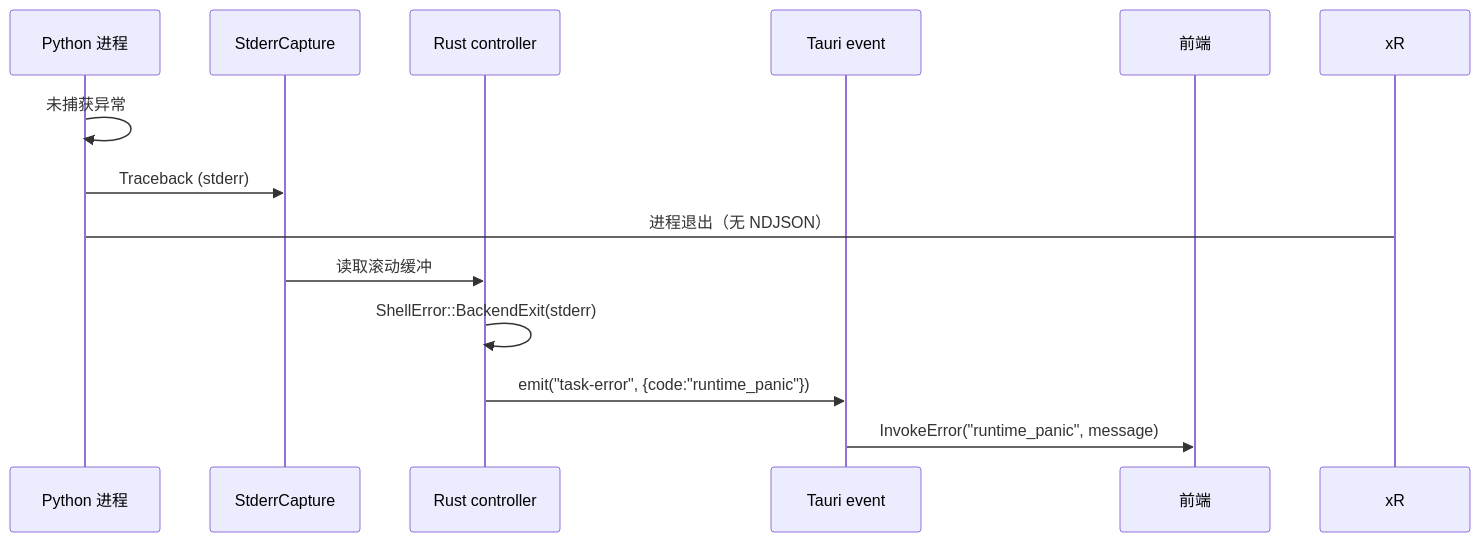
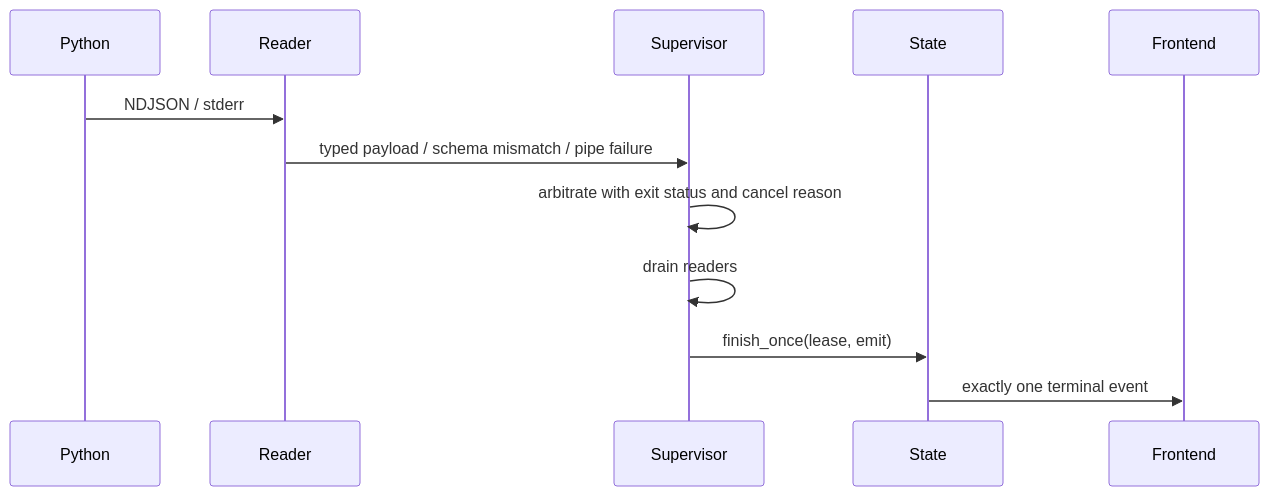
The diagram in docs/08-error-handling.md (youge325/vp), drawn with Mermaid before and after one commit. The commit also changed other lines of this file and 14 other files, not shown here.

````diff
--- a/docs/08-error-handling.md
+++ b/docs/08-error-handling.md
@@ -174,16 +149,15 @@
 ```mermaid
 sequenceDiagram
-    participant Python as Python 进程
-    participant S as StderrCapture
-    participant R as Rust controller
-    participant T as Tauri event
-    participant F as 前端
+    participant Python
+    participant Reader
+    participant Supervisor
+    participant State
+    participant Frontend
 
-    Python->>Python: 未捕获异常
-    Python->>S: Traceback (stderr)
-    Python->xR: 进程退出（无 NDJSON）
-    S->>R: 读取滚动缓冲
-    R->>R: ShellError::BackendExit(stderr)
-    R->>T: emit("task-error", {code:"runtime_panic"})
-    T->>F: InvokeError("runtime_panic", message)
+    Python->>Reader: NDJSON / stderr
+    Reader->>Supervisor: typed payload / schema mismatch / pipe failure
+    Supervisor->>Supervisor: arbitrate with exit status and cancel reason
+    Supervisor->>Supervisor: drain readers
+    Supervisor->>State: finish_once(lease, emit)
+    State->>Frontend: exactly one terminal event
 ```
````
